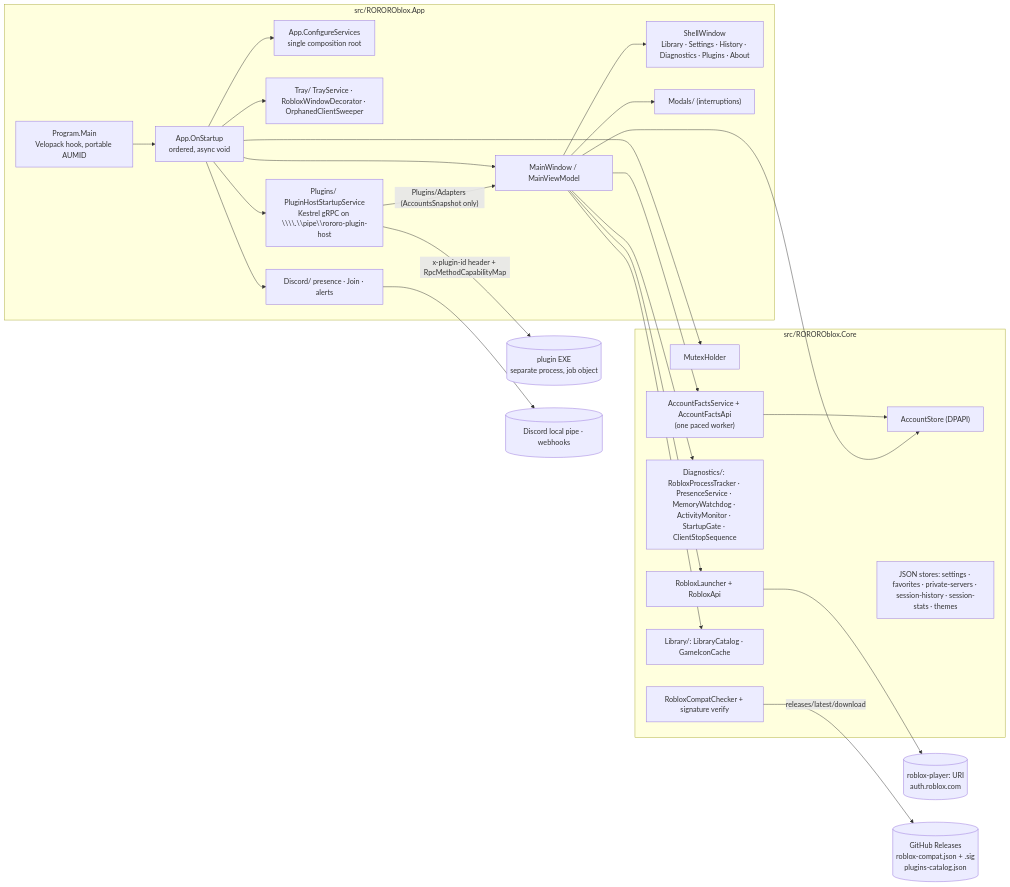
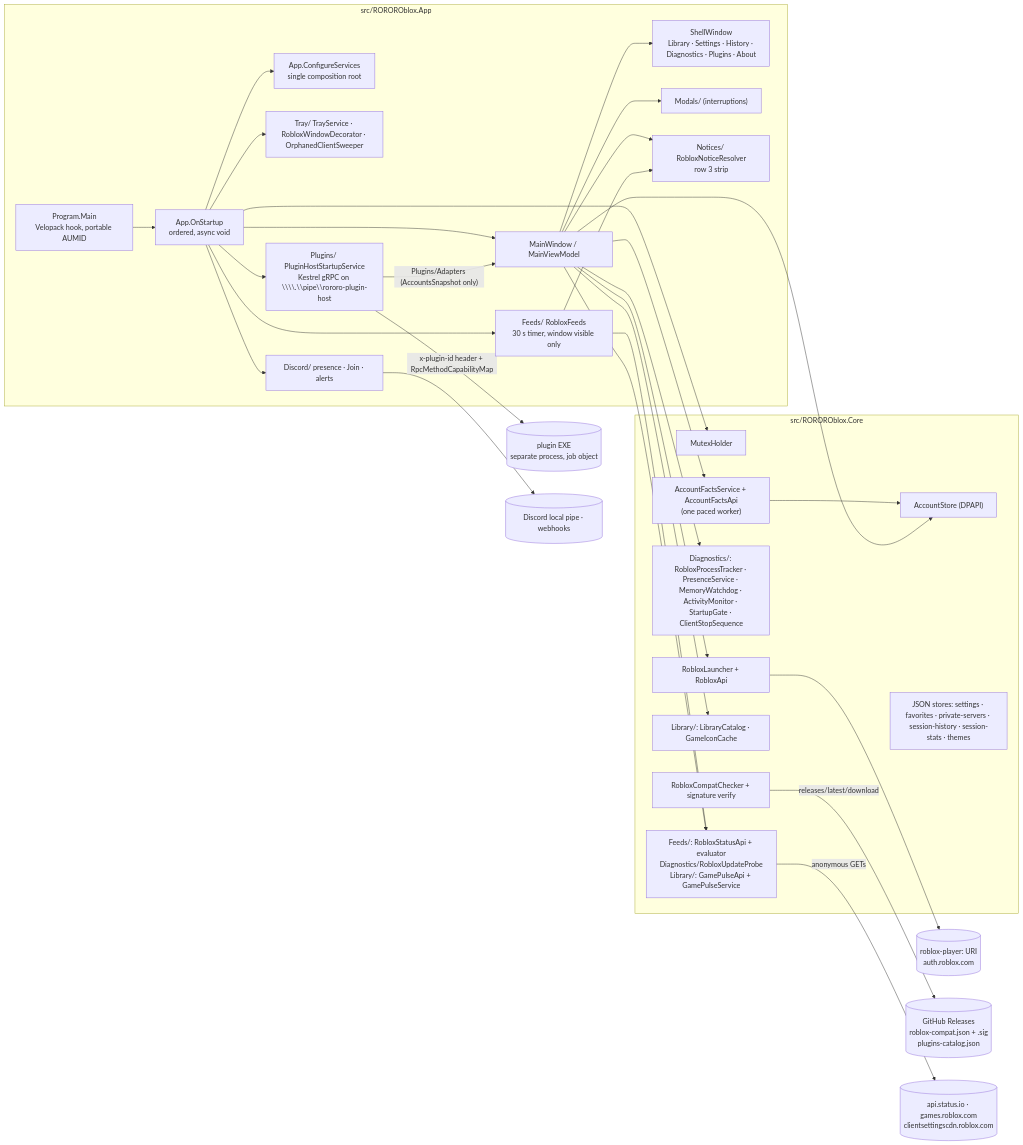
Before and after one commit to estevanhernandez-stack-ed/ROROROblox: the diagram in docs/architecture.md, drawn with Mermaid. The commit also changed other lines of this file and 6 other files, not shown here.

First line of the commit message:
docs(v1.41): architecture, features, decisions, CLAUDE.md and the spec banner

````diff
--- a/docs/architecture.md
+++ b/docs/architecture.md
@@ -18,34 +18,41 @@
 ```mermaid
 flowchart LR
   subgraph App["src/ROROROblox.App"]
     P["Program.Main<br/>Velopack hook, portable AUMID"] --> S["App.OnStartup<br/>ordered, async void"]
     S --> DI["App.ConfigureServices<br/>single composition root"]
     S --> MW["MainWindow / MainViewModel"]
     MW --> Shell["ShellWindow<br/>Library · Settings · History · Diagnostics · Plugins · About"]
     MW --> Modals["Modals/ (interruptions)"]
     S --> Tray["Tray/ TrayService · RobloxWindowDecorator · OrphanedClientSweeper"]
     S --> PH["Plugins/ PluginHostStartupService<br/>Kestrel gRPC on \\\\.\\pipe\\rororo-plugin-host"]
     S --> Disc["Discord/ presence · Join · alerts"]
+    S --> RF["Feeds/ RobloxFeeds<br/>30 s timer, window visible only"]
+    MW --> Line["Notices/ RobloxNoticeResolver<br/>row 3 strip"]
+    RF --> Line
   end
   subgraph Core["src/ROROROblox.Core"]
     MH["MutexHolder"]
     RL["RobloxLauncher + RobloxApi"]
     AS["AccountStore (DPAPI)"]
     Diag["Diagnostics/: RobloxProcessTracker · PresenceService · MemoryWatchdog · ActivityMonitor · StartupGate · ClientStopSequence"]
     Facts["AccountFactsService + AccountFactsApi<br/>(one paced worker)"]
     Lib["Library/: LibraryCatalog · GameIconCache"]
     CC["RobloxCompatChecker + signature verify"]
     Stores["JSON stores: settings · favorites · private-servers · session-history · session-stats · themes"]
+    FeedsCore["Feeds/: RobloxStatusApi + evaluator<br/>Diagnostics/RobloxUpdateProbe<br/>Library/: GamePulseApi + GamePulseService"]
   end
   PH -- "Plugins/Adapters (AccountsSnapshot only)" --> MW
   PH -- "x-plugin-id header + RpcMethodCapabilityMap" --> Plugin[("plugin EXE<br/>separate process, job object")]
   MW --> RL --> Roblox[("roblox-player: URI<br/>auth.roblox.com")]
   MW --> Diag
   MW --> Facts
   MW --> Lib
   Facts --> AS
   MW --> AS
   S --> MH
   CC -- "releases/latest/download" --> GH[("GitHub Releases<br/>roblox-compat.json + .sig<br/>plugins-catalog.json")]
   Disc --> DiscordApp[("Discord local pipe · webhooks")]
+  RF --> FeedsCore
+  MW --> FeedsCore
+  FeedsCore -- "anonymous GETs" --> Feeds[("api.status.io · games.roblox.com<br/>clientsettingscdn.roblox.com")]
 ```
````
